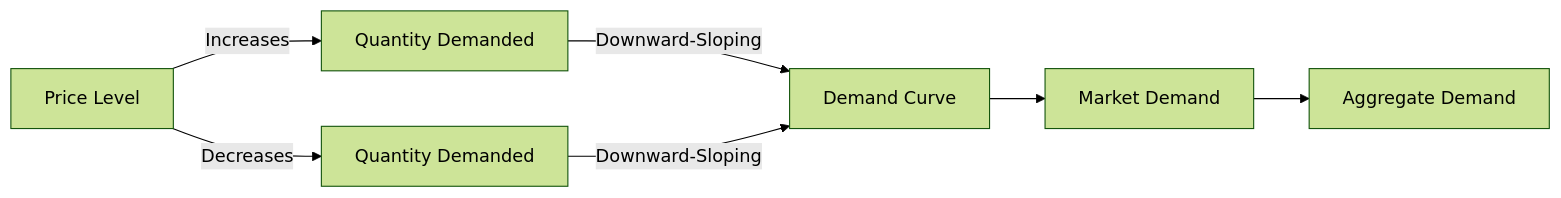
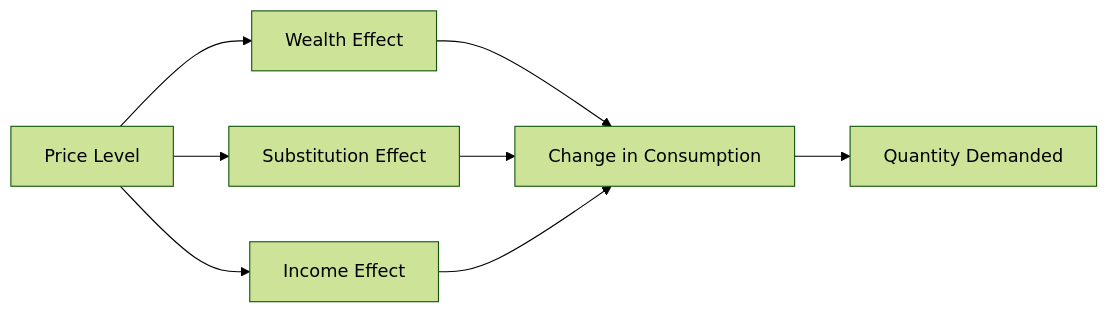
One commit to DagimAlemayehuu/Ater changed the diagram in Obsidian_Vault/2-Academic/Winter 2026/Economics/2_Theory_Of_Demand_And_Supply/Theory_Of_Demand.md. Above: the diagram before and after it, drawn with Mermaid (forest theme). The commit also changed other lines of this file and 52 other files, not shown here.

````diff
--- a/Obsidian_Vault/2-Academic/Winter 2026/Economics/2_Theory_Of_Demand_And_Supply/Theory_Of_Demand.md
+++ b/Obsidian_Vault/2-Academic/Winter 2026/Economics/2_Theory_Of_Demand_And_Supply/Theory_Of_Demand.md
@@ -39,11 +39,12 @@
 ```mermaid
 
 graph LR
-    A[Price Level] -->|Increases| B[Quantity Demanded]
-    A -->|Decreases| C[Quantity Demanded]
-    B[Quantity Demanded] -->|Downward-Sloping| D[Demand Curve]
-    C[Quantity Demanded] -->|Downward-Sloping| D
-    D[Demand Curve] --> E[Market Demand]
-    E[Market Demand] --> F[Aggregate Demand]
+    A[Price Level] --> B[Wealth Effect]
+    A --> C[Substitution Effect]
+    A --> D[Income Effect]
+    B --> E[Change in Consumption]
+    C --> E
+    D --> E
+    E --> F[Quantity Demanded]
 
 ```
````
